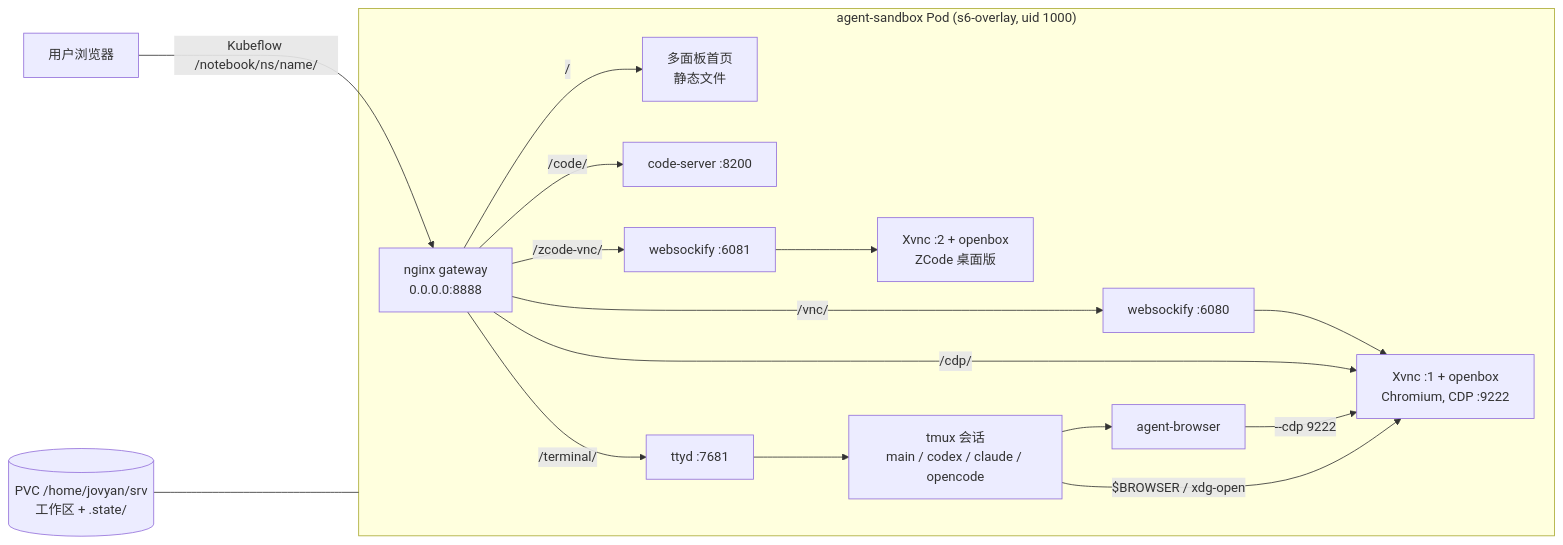
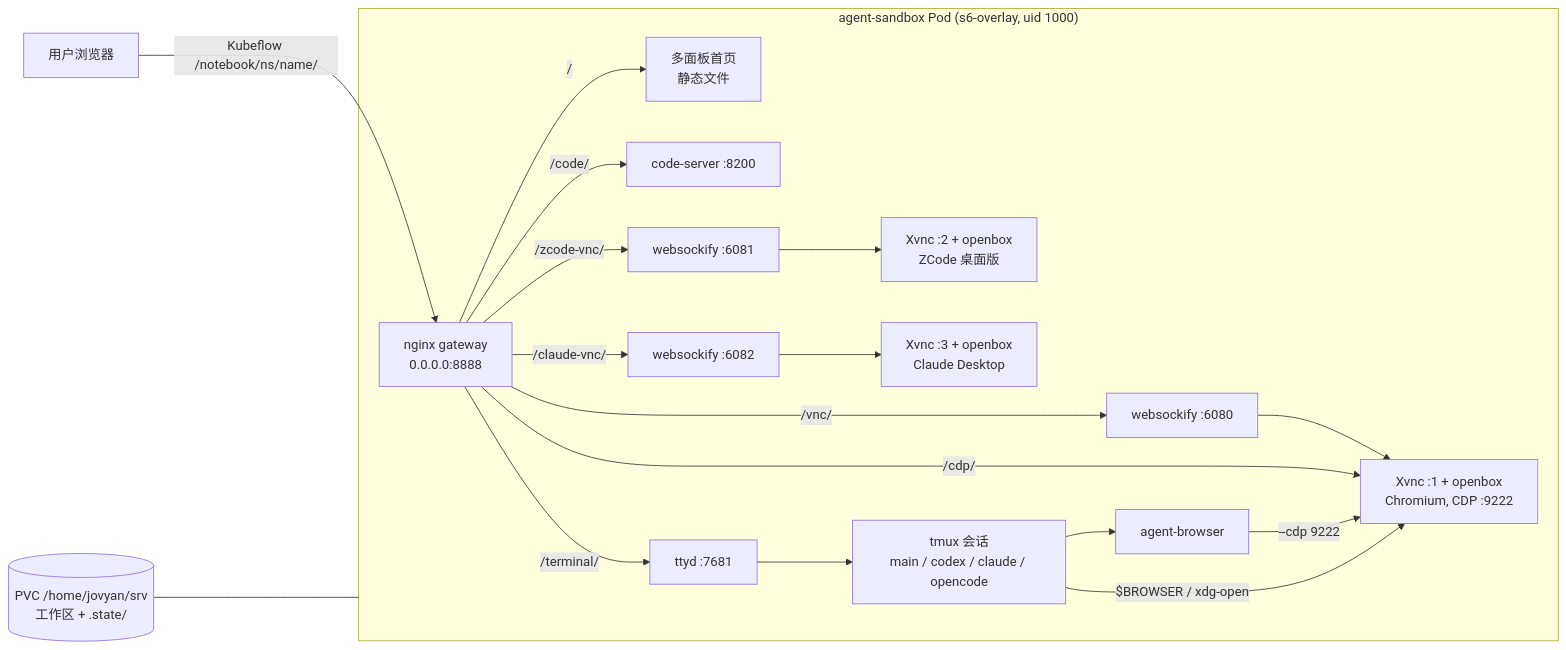
Before and after one commit to TerenceLiu98/staging-containers: the diagram in agent-sandbox/DESIGN.md, drawn with Mermaid. The commit also changed other lines of this file and 15 other files, not shown here.

````diff
--- a/agent-sandbox/DESIGN.md
+++ b/agent-sandbox/DESIGN.md
@@ -33,18 +33,19 @@
 ```mermaid
 graph LR
     user[用户浏览器] -->|Kubeflow /notebook/ns/name/| gw
 
     subgraph pod["agent-sandbox Pod (s6-overlay, uid 1000)"]
         gw[nginx gateway<br/>0.0.0.0:8888]
         gw -->|/| dash[多面板首页<br/>静态文件]
         gw -->|/code/| cs[code-server :8200]
         gw -->|/vnc/| nv1[websockify :6080] --> x1[Xvnc :1 + openbox<br/>Chromium, CDP :9222]
         gw -->|/zcode-vnc/| nv2[websockify :6081] --> x2[Xvnc :2 + openbox<br/>ZCode 桌面版]
+        gw -->|/claude-vnc/| nv3[websockify :6082] --> x3[Xvnc :3 + openbox<br/>Claude Desktop]
         gw -->|/terminal/| tt[ttyd :7681] --> tmux[tmux 会话<br/>main / codex / claude / opencode]
         gw -->|/cdp/| x1
         tmux --> ab[agent-browser] -->|--cdp 9222| x1
         tmux -->|$BROWSER / xdg-open| x1
     end
 
     pvc[(PVC /home/jovyan/srv<br/>工作区 + .state/)] --- pod
 ```
````
